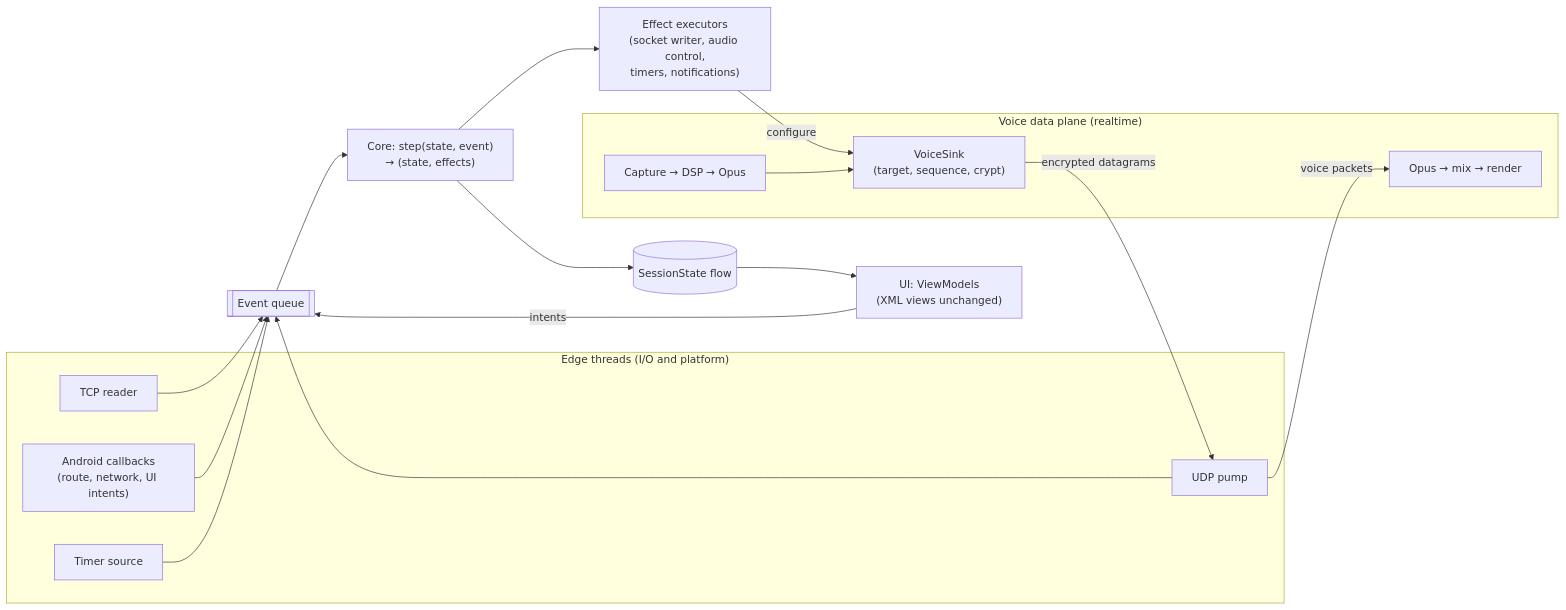
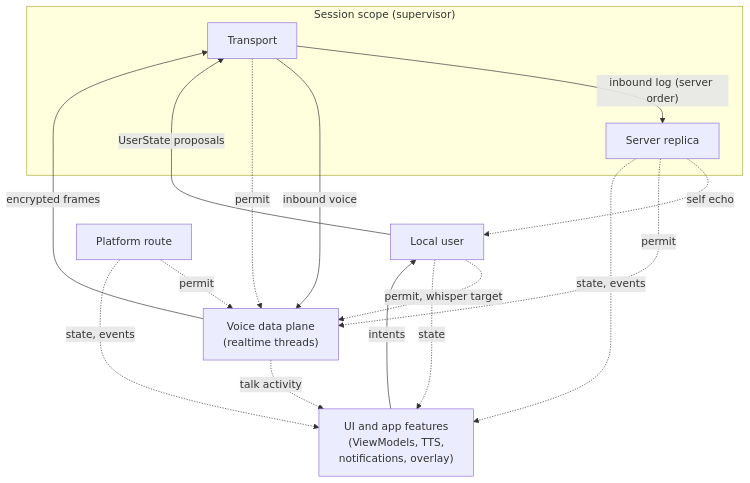
One commit to 360ied/mumla-oled changed the second of 2 diagrams in docs/tech-debt-whales/target-architecture.md. Above: the diagram before and after it, drawn with Mermaid. The commit also changed other lines of this file, not shown here.

````diff
--- a/docs/tech-debt-whales/target-architecture.md
+++ b/docs/tech-debt-whales/target-architecture.md
@@ -56,35 +236,26 @@
 ```mermaid
-flowchart LR
-    subgraph Edges["Edge threads (I/O and platform)"]
-        TCP["TCP reader"]
-        UDP["UDP pump"]
-        AND["Android callbacks<br/>(route, network, UI intents)"]
-        TIM["Timer source"]
+flowchart TB
+    subgraph Session["Session scope (supervisor)"]
+        TR["Transport"]
+        SR["Server replica"]
     end
+    LU["Local user"]
+    PR["Platform route"]
+    DP["Voice data plane<br/>(realtime threads)"]
+    UI["UI and app features<br/>(ViewModels, TTS,<br/>notifications, overlay)"]
 
-    Q[["Event queue"]]
-    CORE["Core: step(state, event)<br/>→ (state, effects)"]
-    EXE["Effect executors<br/>(socket writer, audio control,<br/>timers, notifications)"]
-    SF[("SessionState flow")]
-    UI["UI: ViewModels<br/>(XML views unchanged)"]
-
-    subgraph RT["Voice data plane (realtime)"]
-        CAP["Capture → DSP → Opus"]
-        REN["Opus → mix → render"]
-        VS["VoiceSink<br/>(target, sequence, crypt)"]
-    end
-
-    TCP --> Q
-    UDP --> Q
-    AND --> Q
-    TIM --> Q
-    Q --> CORE
-    CORE --> EXE
-    CORE --> SF
-    SF --> UI
-    UI -->|intents| Q
-    EXE -->|configure| VS
-    CAP --> VS
-    VS -->|encrypted datagrams| UDP
-    UDP -->|voice packets| REN
+    TR -->|"inbound log (server order)"| SR
+    TR -->|inbound voice| DP
+    DP -->|encrypted frames| TR
+    LU -->|UserState proposals| TR
+    SR -.->|self echo| LU
+    LU -.->|permit, whisper target| DP
+    SR -.->|permit| DP
+    PR -.->|permit| DP
+    TR -.->|permit| DP
+    SR -.->|state, events| UI
+    LU -.->|state| UI
+    PR -.->|state, events| UI
+    DP -.->|talk activity| UI
+    UI -->|intents| LU
 ```
````
